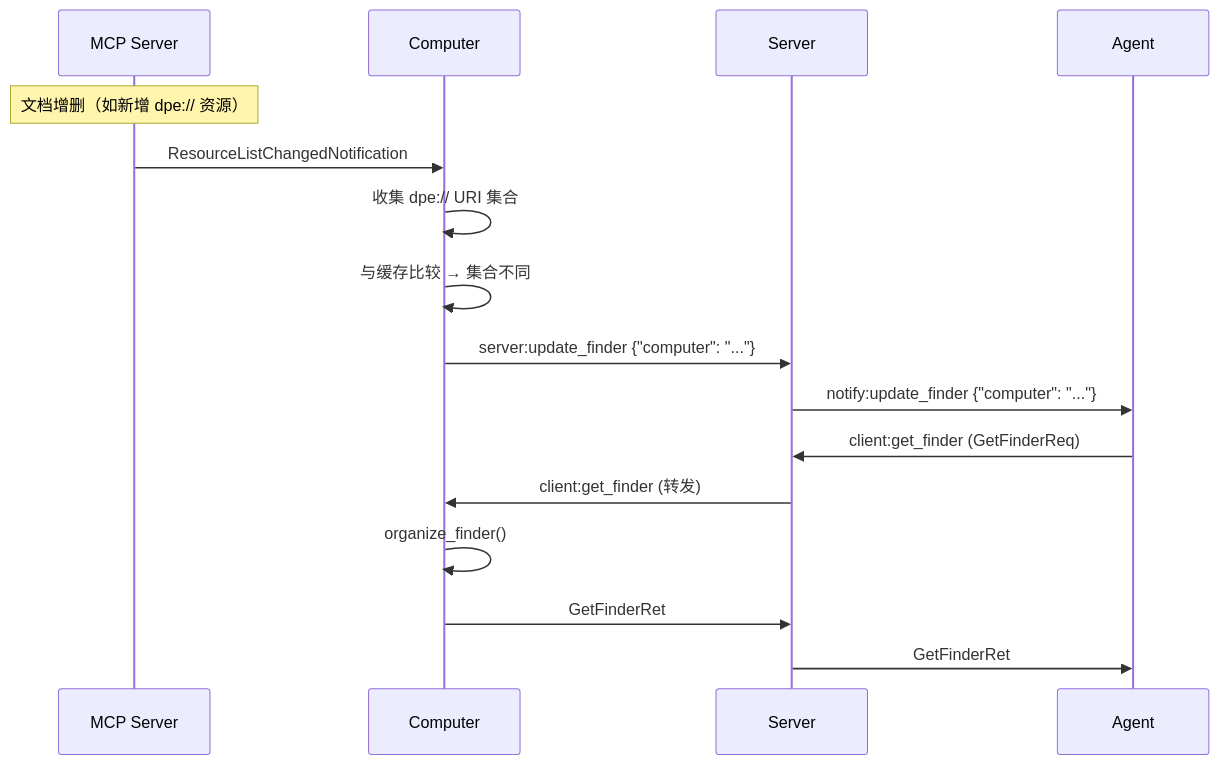
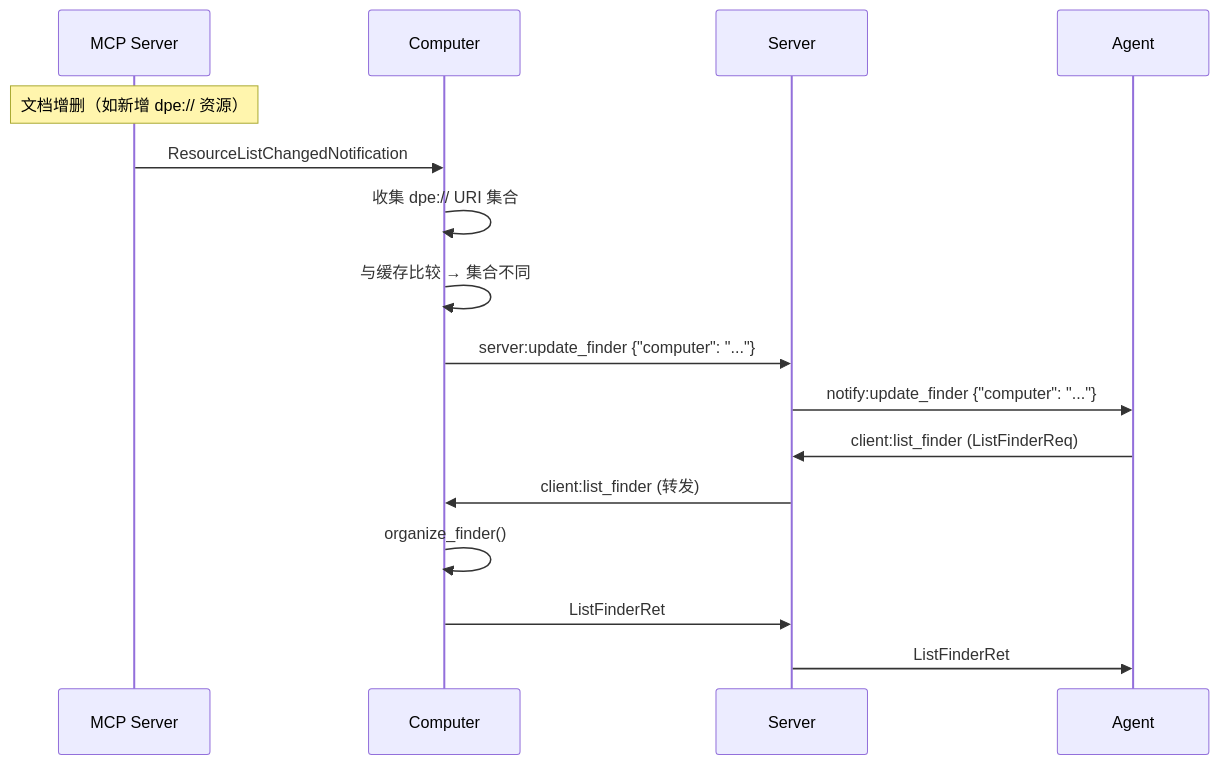
Before and after one commit to A2C-SMCP/a2c-smcp-protocol: the third of 4 diagrams in docs/specification/finder.md, drawn with Mermaid. The commit also changed other lines of this file and 13 other files, not shown here.

````diff
--- a/docs/specification/finder.md
+++ b/docs/specification/finder.md
@@ -518,19 +620,19 @@
 ```mermaid
 sequenceDiagram
     participant M as MCP Server
     participant C as Computer
     participant S as Server
     participant A as Agent
 
     Note over M: 文档增删（如新增 dpe:// 资源）
     M->>C: ResourceListChangedNotification
     C->>C: 收集 dpe:// URI 集合
     C->>C: 与缓存比较 → 集合不同
     C->>S: server:update_finder {"computer": "..."}
     S->>A: notify:update_finder {"computer": "..."}
-    A->>S: client:get_finder (GetFinderReq)
-    S->>C: client:get_finder (转发)
+    A->>S: client:list_finder (ListFinderReq)
+    S->>C: client:list_finder (转发)
     C->>C: organize_finder()
-    C->>S: GetFinderRet
-    S->>A: GetFinderRet
+    C->>S: ListFinderRet
+    S->>A: ListFinderRet
 ```
````
